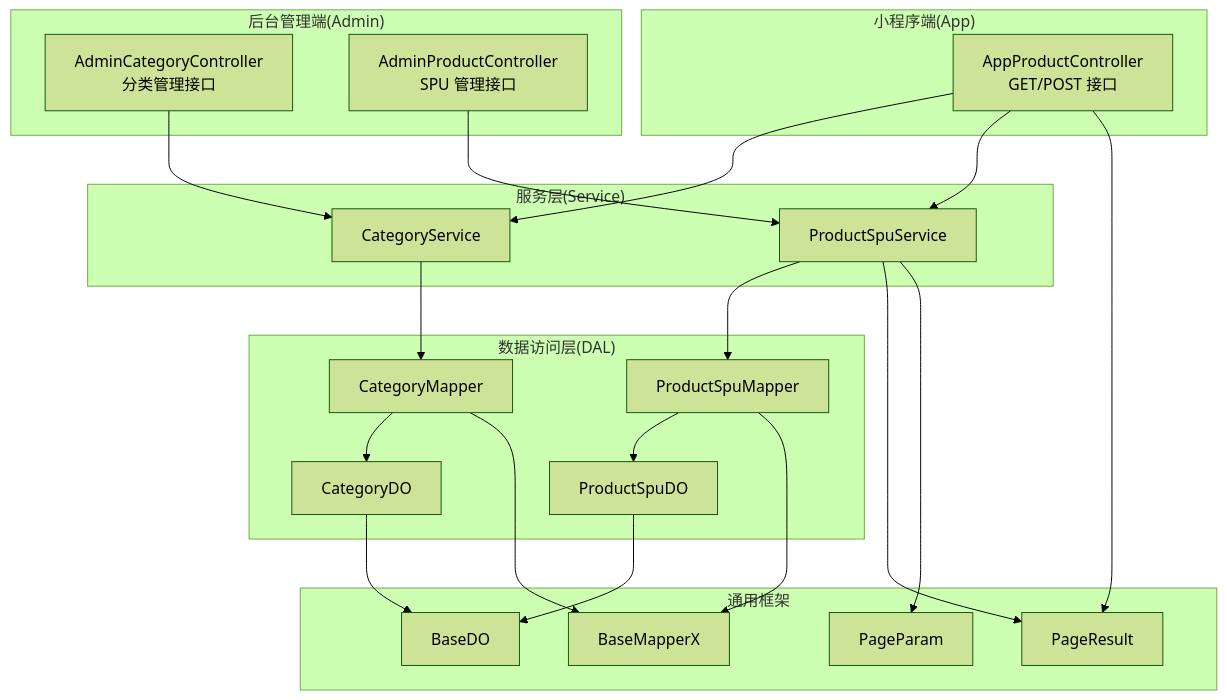
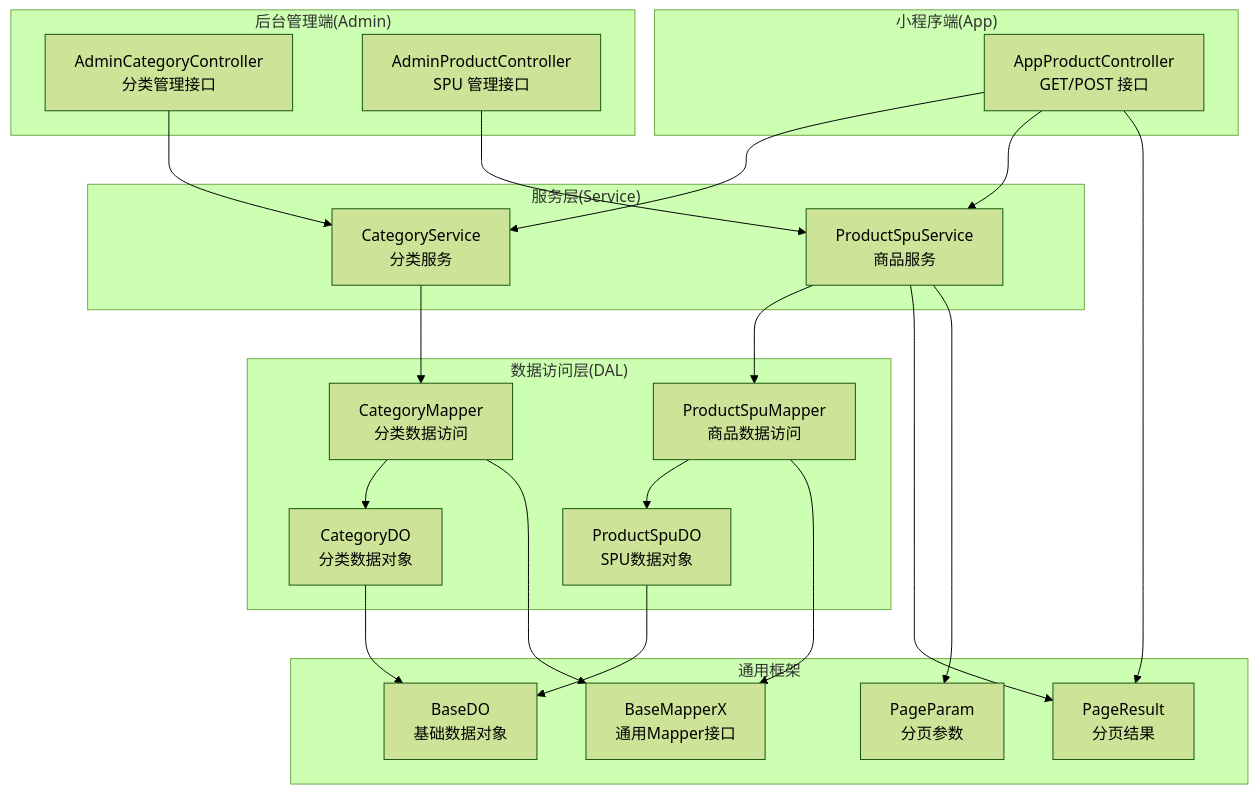
Before and after one commit to QtImM/wechatMiniprogram_Store: the first of 6 diagrams in .qoder/repowiki/zh/content/后端架构设计/业务模块设计/商品模块 (shop-module-product)/商品模块 (shop-module-product).md, drawn with Mermaid (forest theme). The commit also changed other lines of this file and 109 other files, not shown here.

````diff
--- a/.qoder/repowiki/zh/content/后端架构设计/业务模块设计/商品模块 (shop-module-product)/商品模块 (shop-module-product).md
+++ b/.qoder/repowiki/zh/content/后端架构设计/业务模块设计/商品模块 (shop-module-product)/商品模块 (shop-module-product).md
@@ -49,41 +55,41 @@
 ```mermaid
 graph TB
 subgraph "小程序端(App)"
 APP_CTRL["AppProductController<br/>GET/POST 接口"]
 end
 subgraph "后台管理端(Admin)"
 ADMIN_CAT_CTRL["AdminCategoryController<br/>分类管理接口"]
 ADMIN_PROD_CTRL["AdminProductController<br/>SPU 管理接口"]
 end
 subgraph "服务层(Service)"
-CAT_SRV["CategoryService"]
-PROD_SRV["ProductSpuService"]
+CAT_SRV["CategoryService<br/>分类服务"]
+PROD_SRV["ProductSpuService<br/>商品服务"]
 end
 subgraph "数据访问层(DAL)"
-CAT_MAPPER["CategoryMapper"]
-PROD_MAPPER["ProductSpuMapper"]
-CAT_DO["CategoryDO"]
-PROD_DO["ProductSpuDO"]
+CAT_MAPPER["CategoryMapper<br/>分类数据访问"]
+PROD_MAPPER["ProductSpuMapper<br/>商品数据访问"]
+CAT_DO["CategoryDO<br/>分类数据对象"]
+PROD_DO["ProductSpuDO<br/>SPU数据对象"]
 end
 subgraph "通用框架"
-BASE_DO["BaseDO"]
-BASE_MAPPER["BaseMapperX"]
-PAGE_PARAM["PageParam"]
-PAGE_RESULT["PageResult"]
+BASE_DO["BaseDO<br/>基础数据对象"]
+BASE_MAPPER["BaseMapperX<br/>通用Mapper接口"]
+PAGE_PARAM["PageParam<br/>分页参数"]
+PAGE_RESULT["PageResult<br/>分页结果"]
 end
 APP_CTRL --> CAT_SRV
 APP_CTRL --> PROD_SRV
 ADMIN_CAT_CTRL --> CAT_SRV
 ADMIN_PROD_CTRL --> PROD_SRV
 CAT_SRV --> CAT_MAPPER
 PROD_SRV --> PROD_MAPPER
 CAT_MAPPER --> CAT_DO
 PROD_MAPPER --> PROD_DO
 CAT_DO --> BASE_DO
 PROD_DO --> BASE_DO
 CAT_MAPPER --> BASE_MAPPER
 PROD_MAPPER --> BASE_MAPPER
 APP_CTRL --> PAGE_RESULT
 PROD_SRV --> PAGE_RESULT
 PROD_SRV --> PAGE_PARAM
 ```
````
